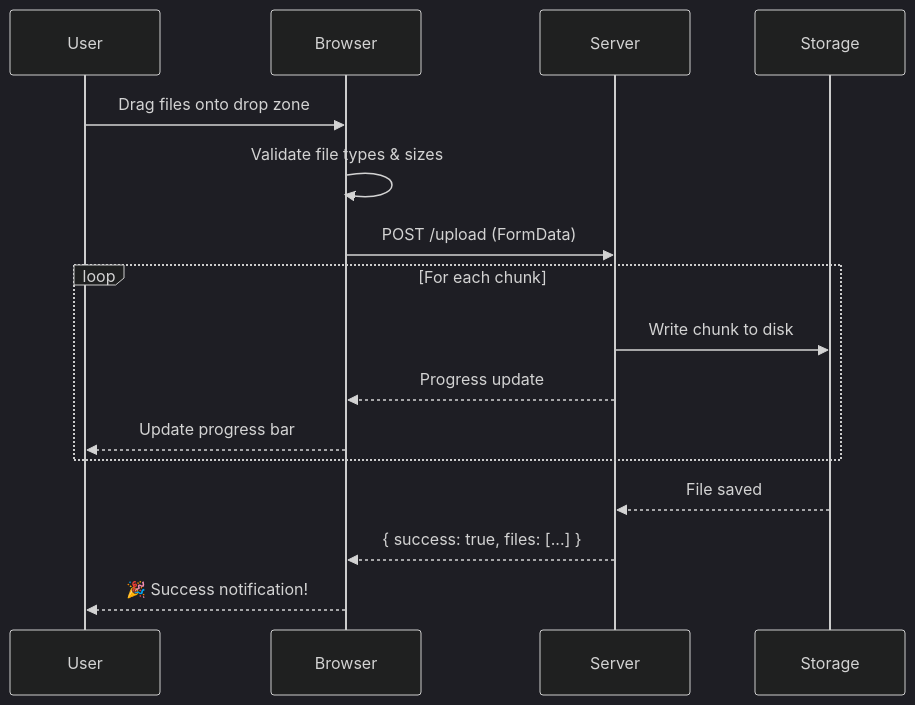
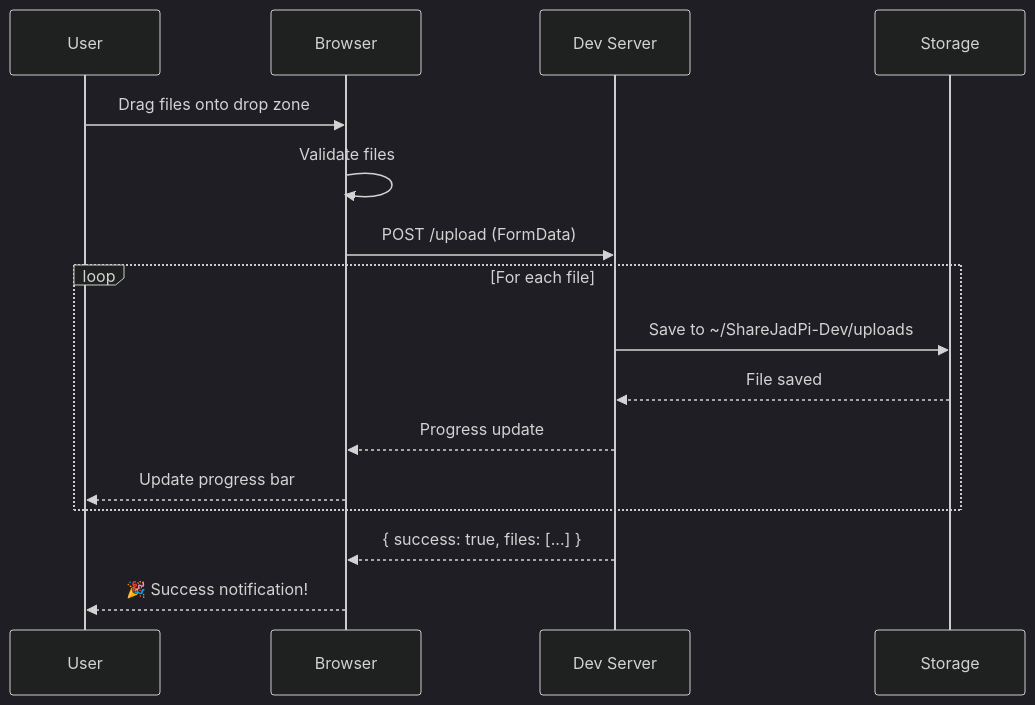
The second of 3 diagrams in SGP_phase1/docs/features.md (hetcharusat/sharejadpi), drawn with Mermaid (dark theme) before and after one commit. The commit also changed other lines of this file and 3 other files, not shown here.

Commit message:
docs: align with dev server reality - Phase 2 active, 6 endpoints, 813 LOC

````diff
--- a/SGP_phase1/docs/features.md
+++ b/SGP_phase1/docs/features.md
@@ -56,21 +47,21 @@
 ```mermaid
 sequenceDiagram
     participant 👤 as User
     participant 🌐 as Browser
-    participant ⚡ as Server
+    participant ⚡ as Dev Server
     participant 💾 as Storage
     
     👤->>🌐: Drag files onto drop zone
-    🌐->>🌐: Validate file types & sizes
+    🌐->>🌐: Validate files
     🌐->>⚡: POST /upload (FormData)
     
-    loop For each chunk
-        ⚡->>💾: Write chunk to disk
+    loop For each file
+        ⚡->>💾: Save to ~/ShareJadPi-Dev/uploads
+        💾-->>⚡: File saved
         ⚡-->>🌐: Progress update
         🌐-->>👤: Update progress bar
     end
     
-    💾-->>⚡: File saved
     ⚡-->>🌐: { success: true, files: [...] }
     🌐-->>👤: 🎉 Success notification!
 ```
````
